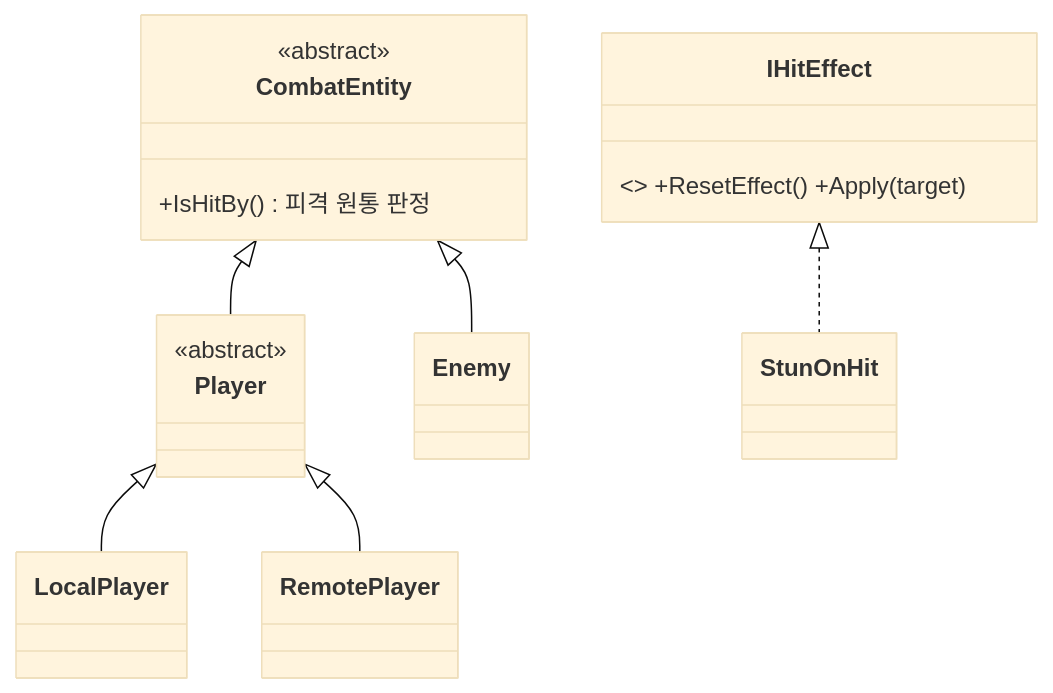
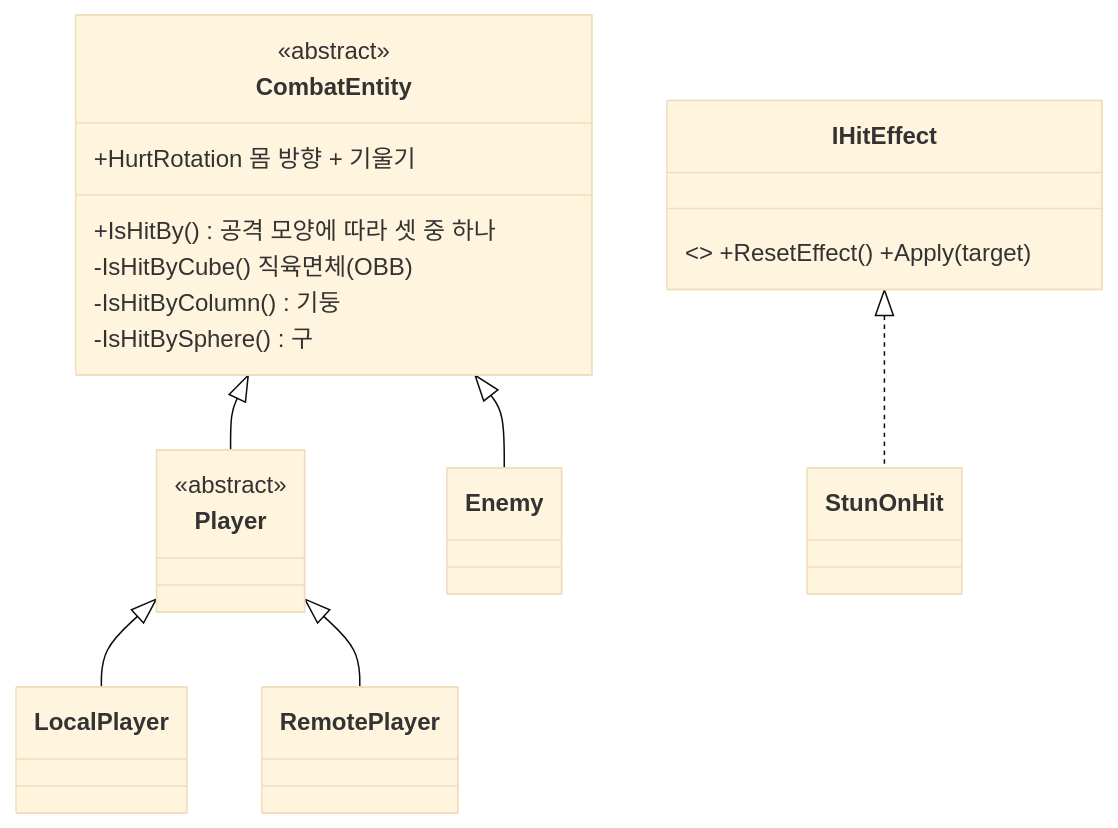
One commit to NaJungWon/portfolio changed the ninth of 15 diagrams in src/01-project3d/기술문서.md. Above: the diagram before and after it, drawn with Mermaid (base theme). The commit also changed other lines of this file and 5 other files, not shown here.

````diff
--- a/src/01-project3d/기술문서.md
+++ b/src/01-project3d/기술문서.md
@@ -449,16 +449,20 @@
 ```mermaid
 classDiagram
     class CombatEntity {
         <<abstract>>
-        +IsHitBy() 피격 원통 판정
+        +HurtRotation 몸 방향 + 기울기
+        +IsHitBy() 공격 모양에 따라 셋 중 하나
+        -IsHitByCube() 직육면체 (OBB)
+        -IsHitByColumn() 기둥
+        -IsHitBySphere() 구
     }
     class Player { <<abstract>> }
     CombatEntity <|-- Player
     CombatEntity <|-- Enemy
     Player <|-- LocalPlayer
     Player <|-- RemotePlayer
 
     class IHitEffect { <<interface>> +ResetEffect() +Apply(target) }
     class StunOnHit
     IHitEffect <|.. StunOnHit
 ```
````
